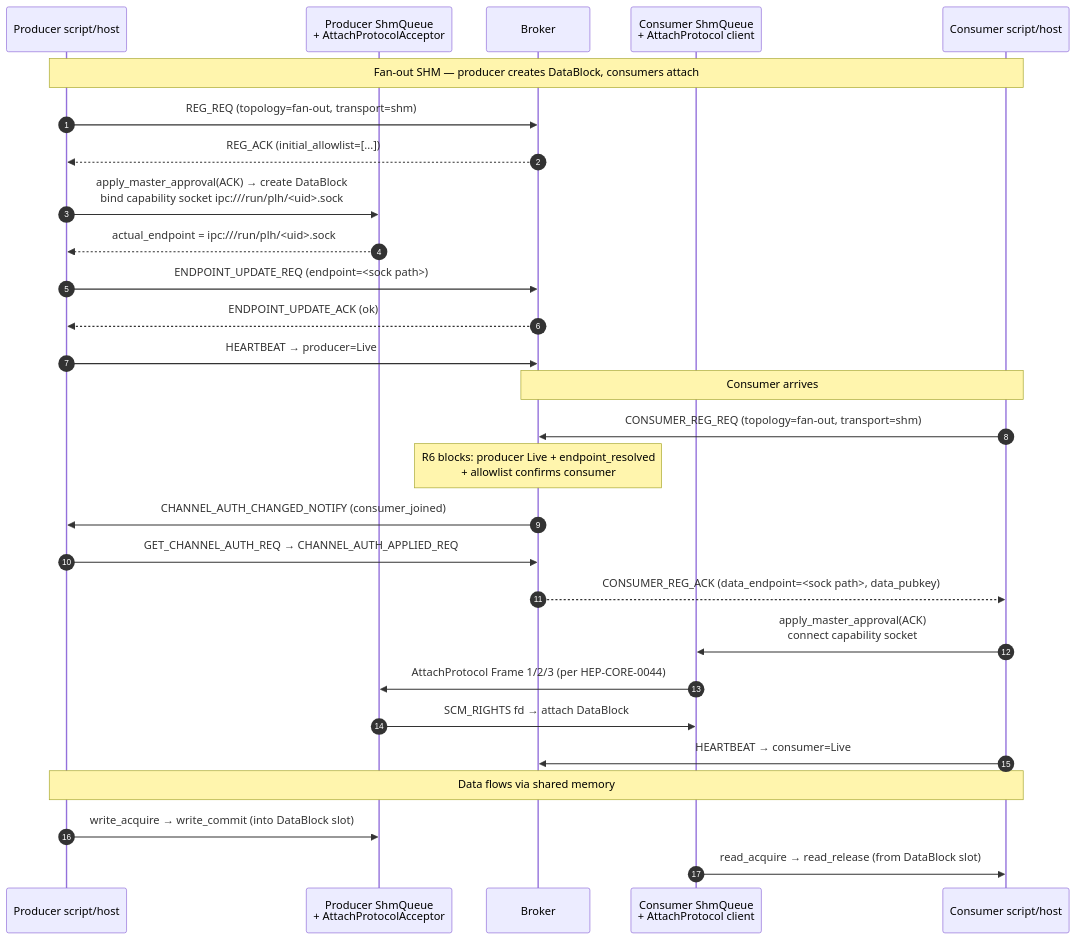
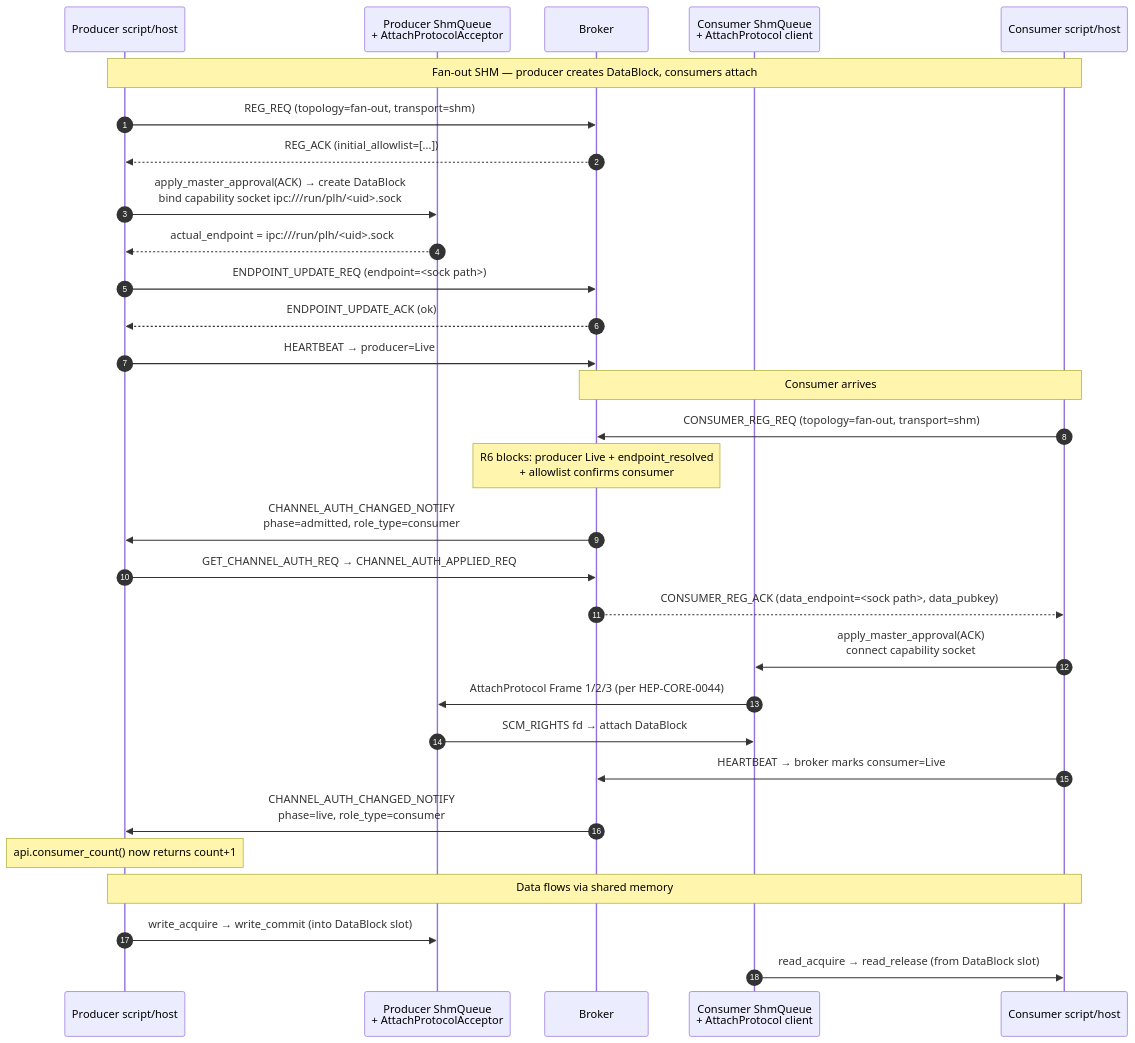
The fourth of 7 diagrams in docs/tech_draft/DRAFT_topology_singular_side_2026-07.md (Qing-LAB/pylabhub), drawn with Mermaid before and after one commit. The commit also changed other lines of this file, not shown here.

````diff
--- a/docs/tech_draft/DRAFT_topology_singular_side_2026-07.md
+++ b/docs/tech_draft/DRAFT_topology_singular_side_2026-07.md
@@ -730,32 +792,34 @@
 ```mermaid
 sequenceDiagram
     autonumber
     participant PS as Producer script/host
     participant PQ as Producer ShmQueue<br/>+ AttachProtocolAcceptor
     participant B  as Broker
     participant CQ as Consumer ShmQueue<br/>+ AttachProtocol client
     participant CS as Consumer script/host
 
     Note over PS,CS: Fan-out SHM — producer creates DataBlock, consumers attach
     PS->>B: REG_REQ (topology=fan-out, transport=shm)
     B-->>PS: REG_ACK (initial_allowlist=[...])
     PS->>PQ: apply_master_approval(ACK) → create DataBlock<br/>bind capability socket ipc:///run/plh/<uid>.sock
     PQ-->>PS: actual_endpoint = ipc:///run/plh/<uid>.sock
     PS->>B: ENDPOINT_UPDATE_REQ (endpoint=<sock path>)
     B-->>PS: ENDPOINT_UPDATE_ACK (ok)
     PS->>B: HEARTBEAT → producer=Live
 
     Note over CS,B: Consumer arrives
     CS->>B: CONSUMER_REG_REQ (topology=fan-out, transport=shm)
     Note over B: R6 blocks: producer Live + endpoint_resolved<br/>+ allowlist confirms consumer
-    B->>PS: CHANNEL_AUTH_CHANGED_NOTIFY (consumer_joined)
+    B->>PS: CHANNEL_AUTH_CHANGED_NOTIFY<br/>phase=admitted, role_type=consumer
     PS->>B: GET_CHANNEL_AUTH_REQ → CHANNEL_AUTH_APPLIED_REQ
     B-->>CS: CONSUMER_REG_ACK (data_endpoint=<sock path>, data_pubkey)
     CS->>CQ: apply_master_approval(ACK)<br/>connect capability socket
     CQ->>PQ: AttachProtocol Frame 1/2/3 (per HEP-CORE-0044)
     PQ->>CQ: SCM_RIGHTS fd → attach DataBlock
-    CS->>B: HEARTBEAT → consumer=Live
+    CS->>B: HEARTBEAT → broker marks consumer=Live
+    B->>PS: CHANNEL_AUTH_CHANGED_NOTIFY<br/>phase=live, role_type=consumer
+    Note over PS: api.consumer_count() now returns count+1
     Note over PS,CS: Data flows via shared memory
     PS->>PQ: write_acquire → write_commit (into DataBlock slot)
     CQ->>CS: read_acquire → read_release (from DataBlock slot)
 ```
````
